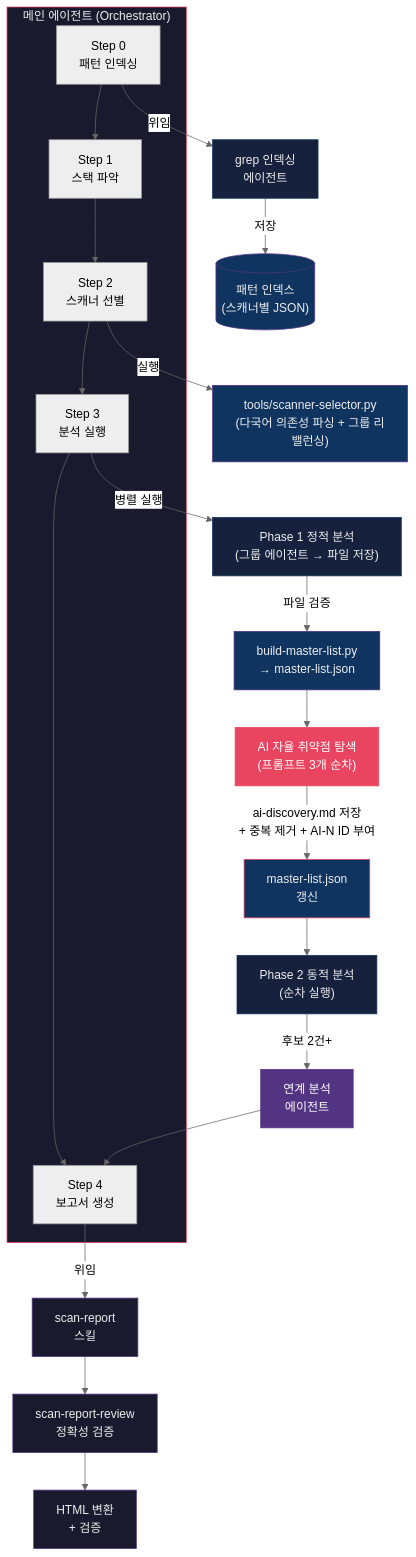
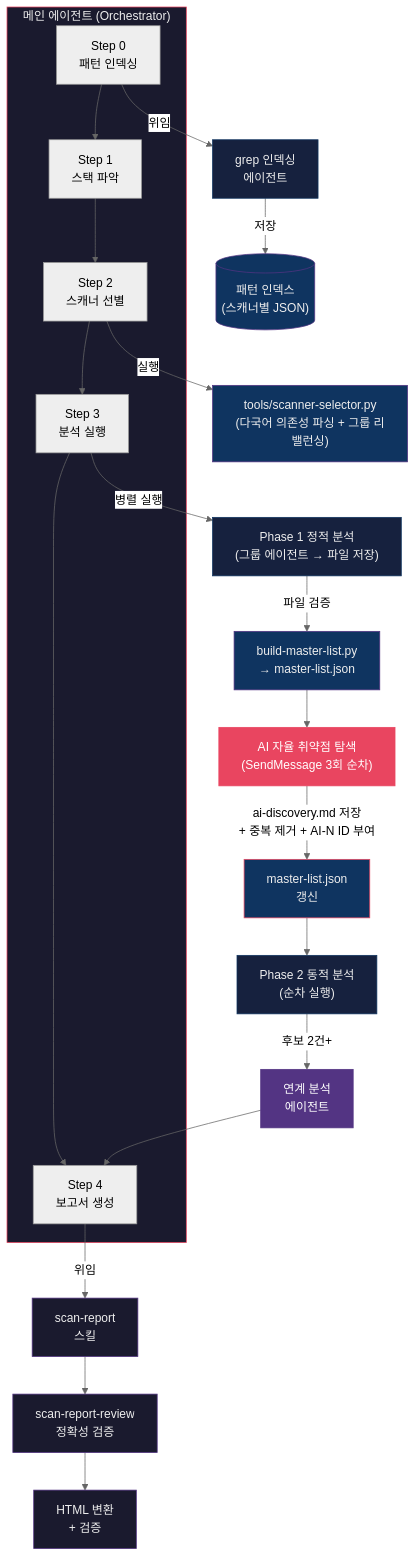
One commit to nomarlhack/noah-sast changed the first of 5 diagrams in README.md. Above: the diagram before and after it, drawn with Mermaid (neutral theme). The commit also changed other lines of this file and 2 other files, not shown here.

First line of the commit message:
refactor: AI 자율 탐색을 SendMessage 기반 순차 실행으로 변경

````diff
--- a/README.md
+++ b/README.md
@@ -54,42 +54,42 @@
 ```mermaid
 flowchart TB
     subgraph Orchestrator["메인 에이전트 (Orchestrator)"]
         S0["Step 0\n패턴 인덱싱"]
         S1["Step 1\n스택 파악"]
         S2["Step 2\n스캐너 선별"]
         S3["Step 3\n분석 실행"]
         S4["Step 4\n보고서 생성"]
         S0 --> S1 --> S2 --> S3 --> S4
     end
 
     S0 -->|위임| GrepAgent["grep 인덱싱\n에이전트"]
     GrepAgent -->|저장| IndexDir[("패턴 인덱스\n(스캐너별 JSON)")]
 
     S2 -->|실행| Selector["tools/scanner-selector.py\n(다국어 의존성 파싱 + 그룹 리밸런싱)"]
 
     S3 -->|병렬 실행| P1["Phase 1 정적 분석\n(그룹 에이전트 → 파일 저장)"]
     P1 -->|파일 검증| BML["build-master-list.py\n→ master-list.json"]
-    BML --> AI["AI 자율 취약점 탐색\n(프롬프트 3개 순차)"]
+    BML --> AI["AI 자율 취약점 탐색\n(SendMessage 3회 순차)"]
     AI -->|"ai-discovery.md 저장\n+ 중복 제거 + AI-N ID 부여"| MLUpdate["master-list.json\n갱신"]
     MLUpdate --> P2["Phase 2 동적 분석\n(순차 실행)"]
     P2 -->|후보 2건+| Chain["연계 분석\n에이전트"]
     Chain --> S4
 
     S4 -->|위임| Report["scan-report\n스킬"]
     Report --> Review["scan-report-review\n정확성 검증"]
     Review --> HTML["HTML 변환\n+ 검증"]
 
     style Orchestrator fill:#1a1a2e,stroke:#e94560,color:#eee
     style GrepAgent fill:#16213e,stroke:#0f3460,color:#eee
     style IndexDir fill:#0f3460,stroke:#533483,color:#eee
     style P1 fill:#16213e,stroke:#0f3460,color:#eee
     style BML fill:#0f3460,stroke:#533483,color:#eee
     style AI fill:#e94560,stroke:#e94560,color:#fff
     style MLUpdate fill:#0f3460,stroke:#e94560,color:#eee
     style Chain fill:#533483,stroke:#533483,color:#fff
     style P2 fill:#16213e,stroke:#0f3460,color:#eee
     style Report fill:#1a1a2e,stroke:#533483,color:#eee
     style Review fill:#1a1a2e,stroke:#533483,color:#eee
     style HTML fill:#1a1a2e,stroke:#533483,color:#eee
     style Selector fill:#0f3460,stroke:#533483,color:#eee
 ```
````
